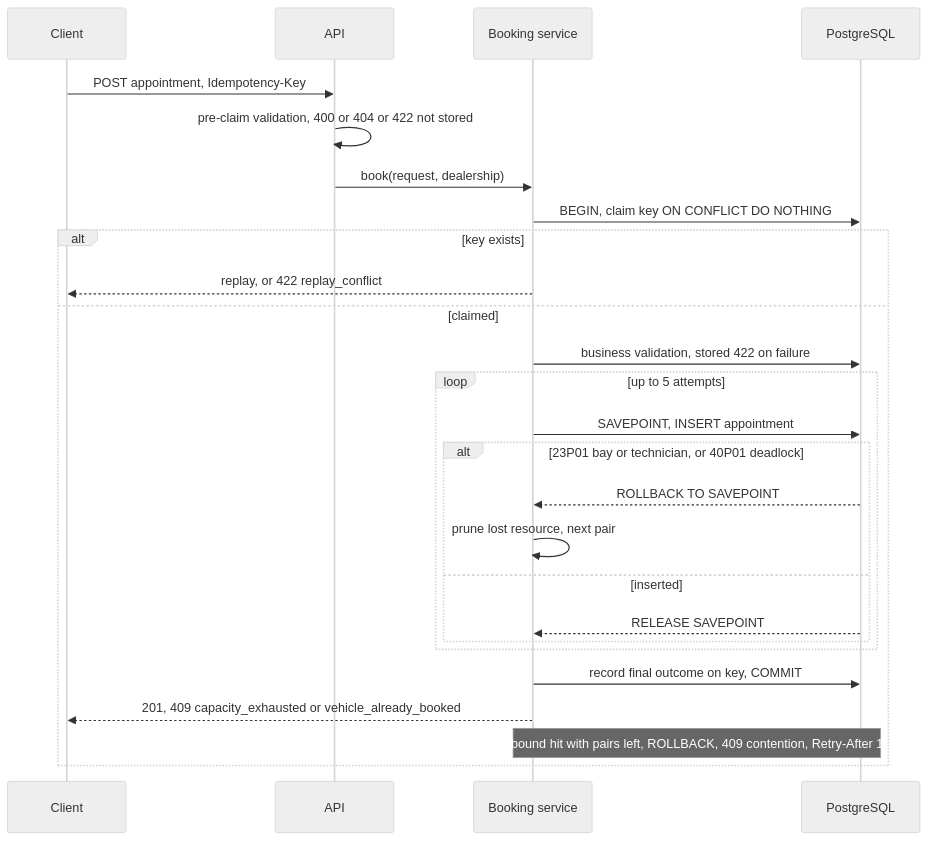
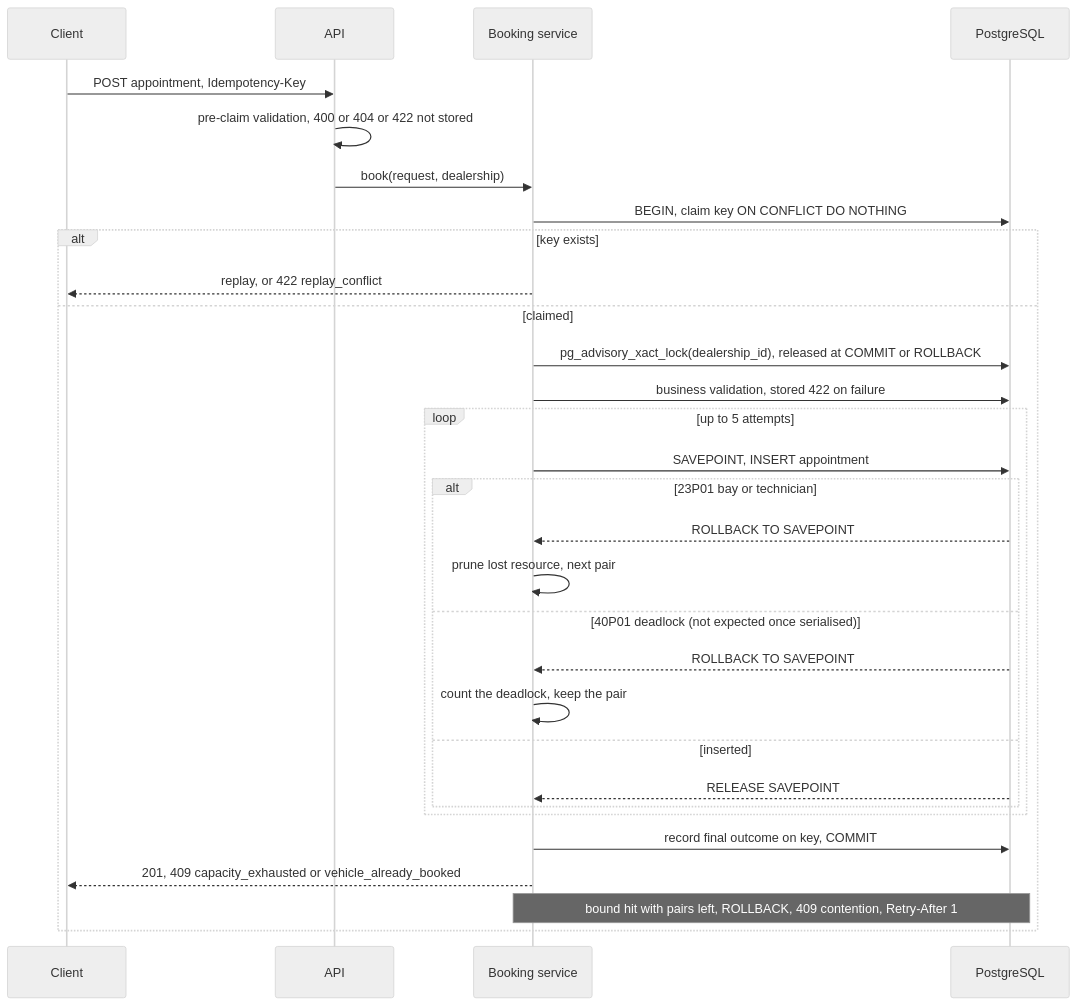
The third of 6 diagrams in docs/design.md (tpthian/keyloop-technical-assessment-scenario-a-backend), drawn with Mermaid (neutral theme) before and after one commit. The commit also changed other lines of this file and 2 other files, not shown here.

````diff
--- a/docs/design.md
+++ b/docs/design.md
@@ -102,28 +102,32 @@
 ```mermaid
 sequenceDiagram
     participant C as Client
     participant A as API
     participant S as Booking service
     participant D as PostgreSQL
     C->>A: POST appointment, Idempotency-Key
     A->>A: pre-claim validation, 400 or 404 or 422 not stored
     A->>S: book(request, dealership)
     S->>D: BEGIN, claim key ON CONFLICT DO NOTHING
     alt key exists
         S-->>C: replay, or 422 replay_conflict
     else claimed
+        S->>D: pg_advisory_xact_lock(dealership_id), released at COMMIT or ROLLBACK
         S->>D: business validation, stored 422 on failure
         loop up to 5 attempts
             S->>D: SAVEPOINT, INSERT appointment
-            alt 23P01 bay or technician, or 40P01 deadlock
+            alt 23P01 bay or technician
                 D-->>S: ROLLBACK TO SAVEPOINT
                 S->>S: prune lost resource, next pair
+            else 40P01 deadlock (not expected once serialised)
+                D-->>S: ROLLBACK TO SAVEPOINT
+                S->>S: count the deadlock, keep the pair
             else inserted
                 D-->>S: RELEASE SAVEPOINT
             end
         end
         S->>D: record final outcome on key, COMMIT
         S-->>C: 201, 409 capacity_exhausted or vehicle_already_booked
         Note over S,D: bound hit with pairs left, ROLLBACK, 409 contention, Retry-After 1
     end
 ```
````
